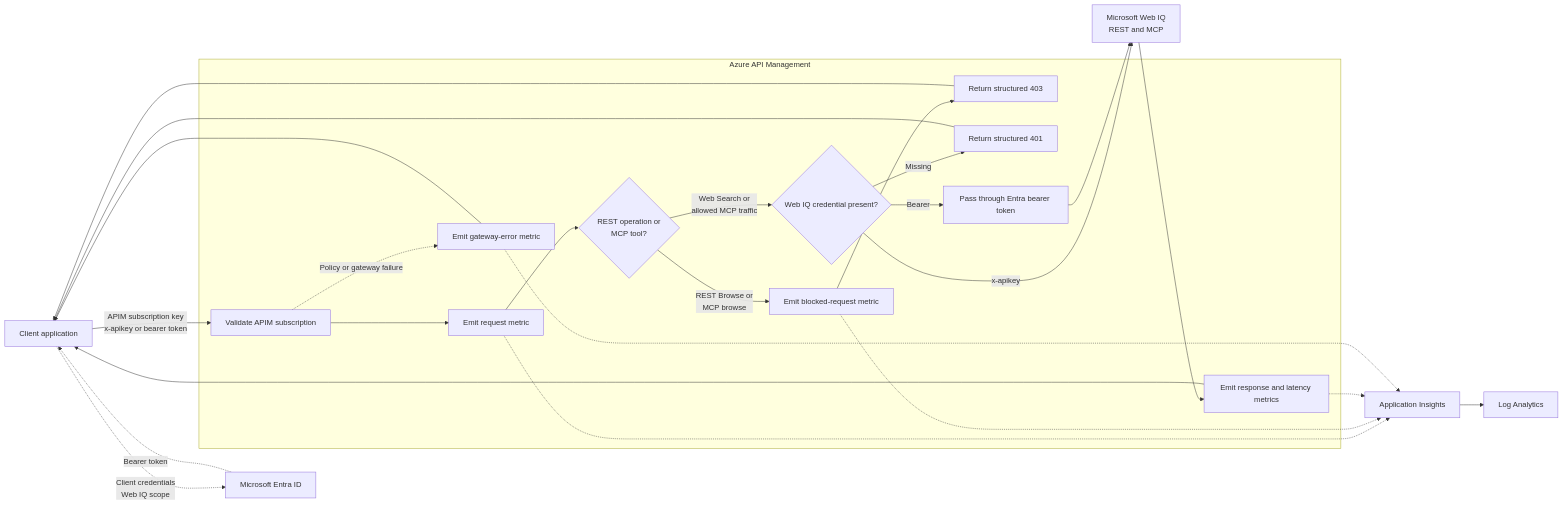
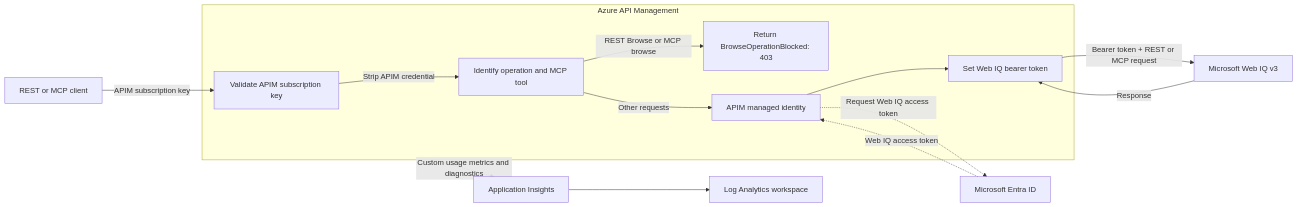
One commit to jakeatmsft/AI-Gateway changed the first of 2 diagrams in labs/web-iq/README.md. Above: the diagram before and after it, drawn with Mermaid. The commit also changed other lines of this file and 2 other files, not shown here.

Commit message:
removed mermaids from notebooks

````diff
--- a/labs/web-iq/README.md
+++ b/labs/web-iq/README.md
@@ -28,34 +46,23 @@
 ```mermaid
 flowchart LR
-    Client[Client application]
-    MicrosoftEntra[Microsoft Entra ID]
+    Client[REST or MCP client]
+    Entra[Microsoft Entra ID]
     subgraph Gateway[Azure API Management]
-        Subscription[Validate APIM subscription]
-        RequestMetric[Emit request metric]
-        Operation{REST operation or<br/>MCP tool?}
-        BlockMetric[Emit blocked-request metric]
-        Forbidden[Return structured 403]
-        Auth{Web IQ credential present?}
-        Unauthorized[Return structured 401]
-        Entra[Pass through Entra bearer token]
-        ResponseMetric[Emit response and latency metrics]
-        ErrorMetric[Emit gateway-error metric]
+        Subscription[Validate APIM subscription key]
+        Inspect[Identify operation and MCP tool]
+        Block[Return BrowseOperationBlocked: 403]
+        Auth[APIM managed identity]
+        Forward[Set Web IQ bearer token]
     end
-    Client -.->|Client credentials<br/>Web IQ scope| MicrosoftEntra
-    MicrosoftEntra -.->|Bearer token| Client
-    Client -->|APIM subscription key<br/>x-apikey or bearer token| Subscription
-    Subscription --> RequestMetric --> Operation
-    Operation -->|REST Browse or<br/>MCP browse| BlockMetric --> Forbidden --> Client
-    Operation -->|Web Search or<br/>allowed MCP traffic| Auth
-    Auth -->|x-apikey| WebIQ[Microsoft Web IQ<br/>REST and MCP]
-    Auth -->|Bearer| Entra --> WebIQ
-    Auth -->|Missing| Unauthorized --> Client
-    WebIQ --> ResponseMetric --> Client
-    Subscription -.->|Policy or gateway failure| ErrorMetric
-    ErrorMetric --> Client
-    RequestMetric -.-> AppInsights[Application Insights]
-    BlockMetric -.-> AppInsights
-    ResponseMetric -.-> AppInsights
-    ErrorMetric -.-> AppInsights
-    AppInsights --> Logs[Log Analytics]
+    Client -->|APIM subscription key| Subscription
+    Subscription -->|Strip APIM credential| Inspect
+    Inspect -->|REST Browse or MCP browse| Block
+    Inspect -->|Other requests| Auth
+    Auth -.->|Request Web IQ access token| Entra
+    Entra -.->|Web IQ access token| Auth
+    Auth --> Forward
+    Forward -->|Bearer token + REST or MCP request| WebIQ[Microsoft Web IQ v3]
+    WebIQ -->|Response| Forward
+    Gateway -.->|Custom usage metrics and diagnostics| Insights[Application Insights]
+    Insights --> Logs[Log Analytics workspace]
 ```
````
